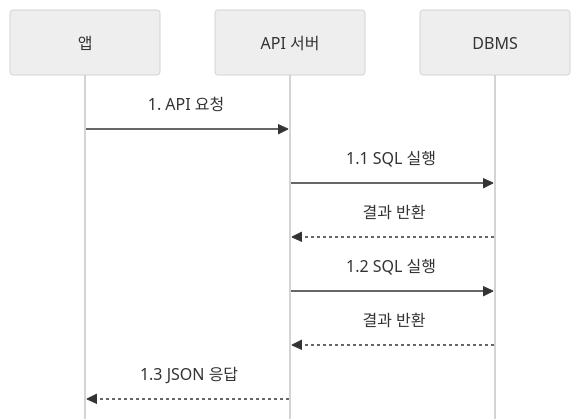
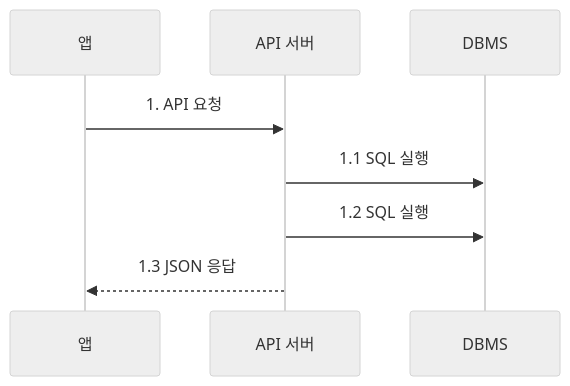
The diagram in Study/Book/주니어 백엔드 개발자가 반드시 알아야 할 실무 지식/2. 느려진 서비스, 어디부터 봐야 할까.md (guseoh/cs), drawn with Mermaid (neutral theme) before and after one commit. The commit also changed 6 other files, not shown here.

````diff
--- a/Study/Book/주니어 백엔드 개발자가 반드시 알아야 할 실무 지식/2. 느려진 서비스, 어디부터 봐야 할까.md
+++ b/Study/Book/주니어 백엔드 개발자가 반드시 알아야 할 실무 지식/2. 느려진 서비스, 어디부터 봐야 할까.md
@@ -14,17 +14,13 @@
 ```mermaid
-
-%%{init: {"sequence": {"mirrorActors": false, "messageMargin": 28, "actorMargin": 55, "actorFontSize": 16, "messageFontSize": 15}}}%%
 sequenceDiagram
     participant APP as 앱
     participant API as API 서버
     participant DB as DBMS
 
     APP->>API: 1. API 요청
     API->>DB: 1.1 SQL 실행
-    DB-->>API: 결과 반환
     API->>DB: 1.2 SQL 실행
-    DB-->>API: 결과 반환
     API-->>APP: 1.3 JSON 응답
 
 
 ```
````
